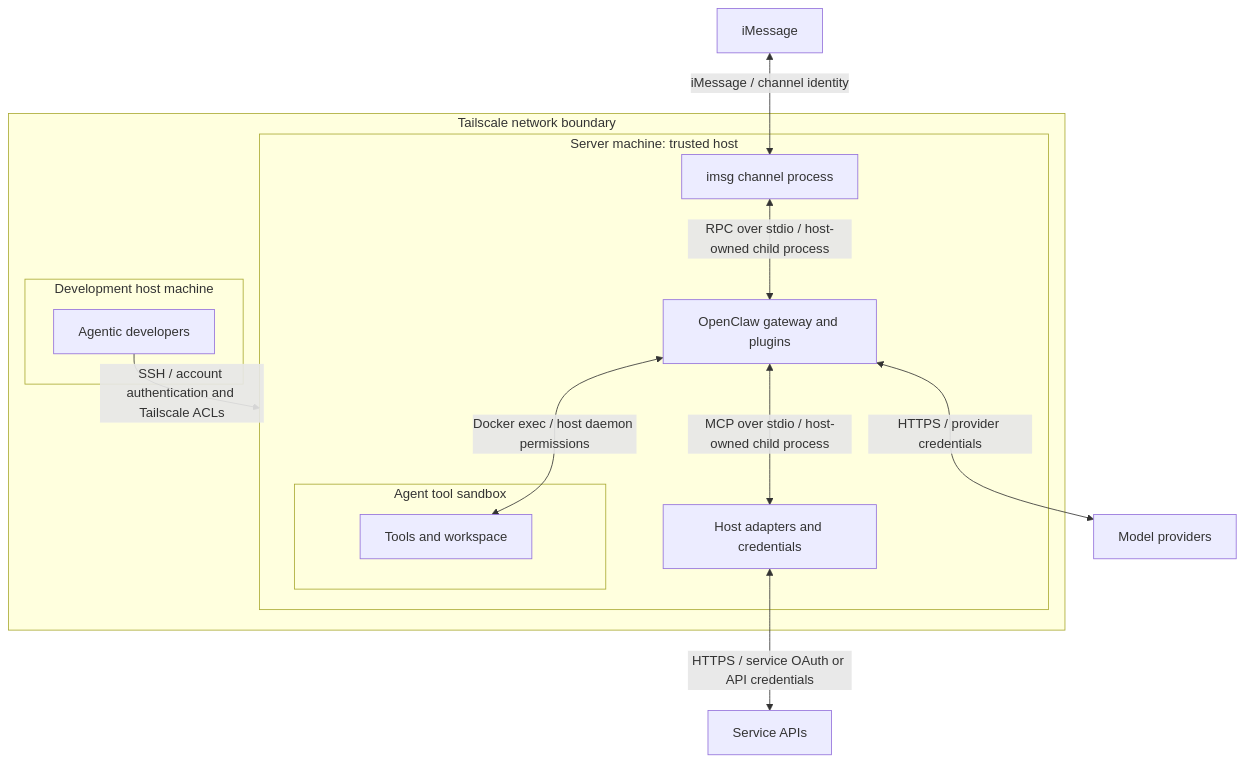
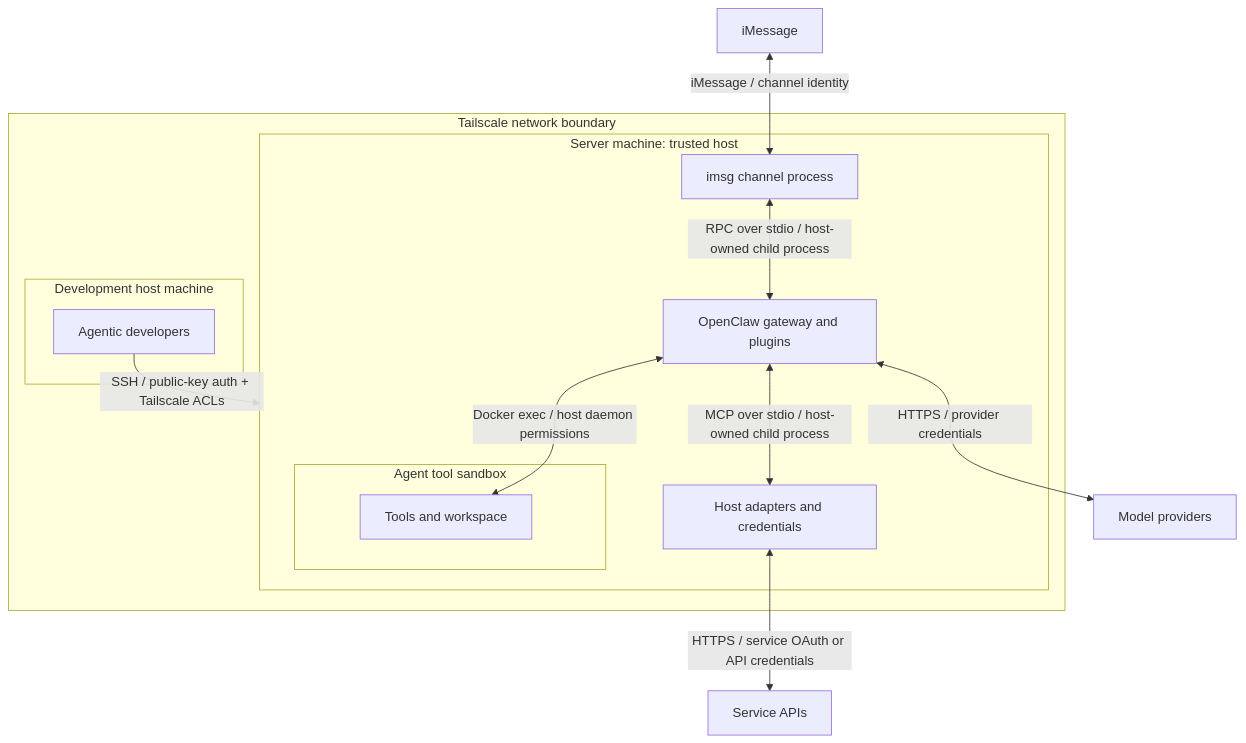
Before and after one commit to coletaylor788/puddles: the first of 5 diagrams in docs/openclaw-setup/security-architecture.md, drawn with Mermaid. The commit also changed other lines of this file, not shown here.

Commit message:
Label SSH authentication as public-key based

````diff
--- a/docs/openclaw-setup/security-architecture.md
+++ b/docs/openclaw-setup/security-architecture.md
@@ -8,28 +8,28 @@
 ```mermaid
 flowchart TB
     Sender["iMessage"]
     APIs["Service APIs"]
     Models["Model providers"]
 
     subgraph Tailnet["Tailscale network boundary"]
         subgraph DevMachine["Development host machine"]
             Developers["Agentic developers"]
         end
         subgraph Host["Server machine: trusted host"]
             Channel["imsg channel process"]
             Gateway["OpenClaw gateway and plugins"]
             Services["Host adapters and credentials"]
             subgraph Sandbox["Agent tool sandbox"]
                 Tools["Tools and workspace"]
             end
         end
     end
 
-    Developers -->|"SSH / account authentication and Tailscale ACLs"| Host
+    Developers -->|"SSH / public-key auth + Tailscale ACLs"| Host
     Sender <-->|"iMessage / channel identity"| Channel
     Channel <-->|"RPC over stdio / host-owned child process"| Gateway
     Gateway <-->|"Docker exec / host daemon permissions"| Tools
     Gateway <-->|"MCP over stdio / host-owned child process"| Services
     Services <-->|"HTTPS / service OAuth or API credentials"| APIs
     Gateway <-->|"HTTPS / provider credentials"| Models
 ```
````
